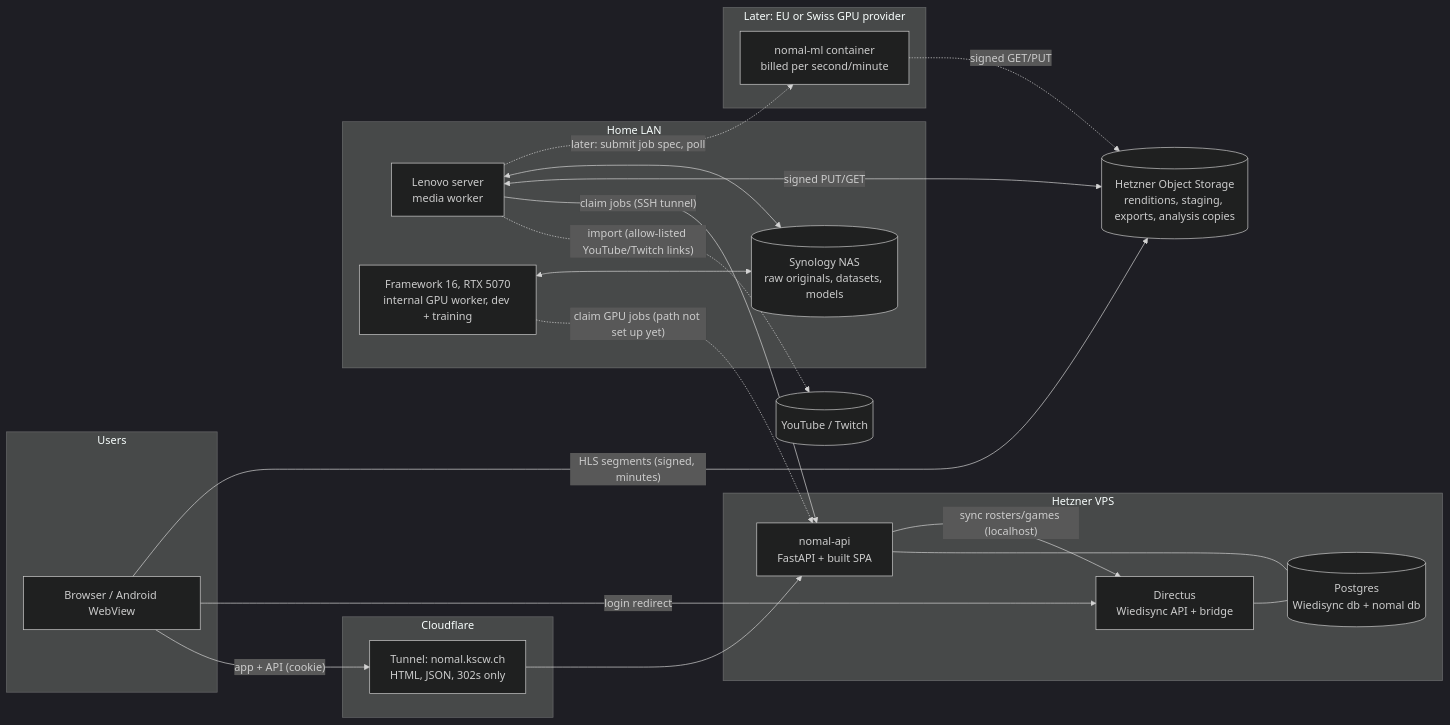
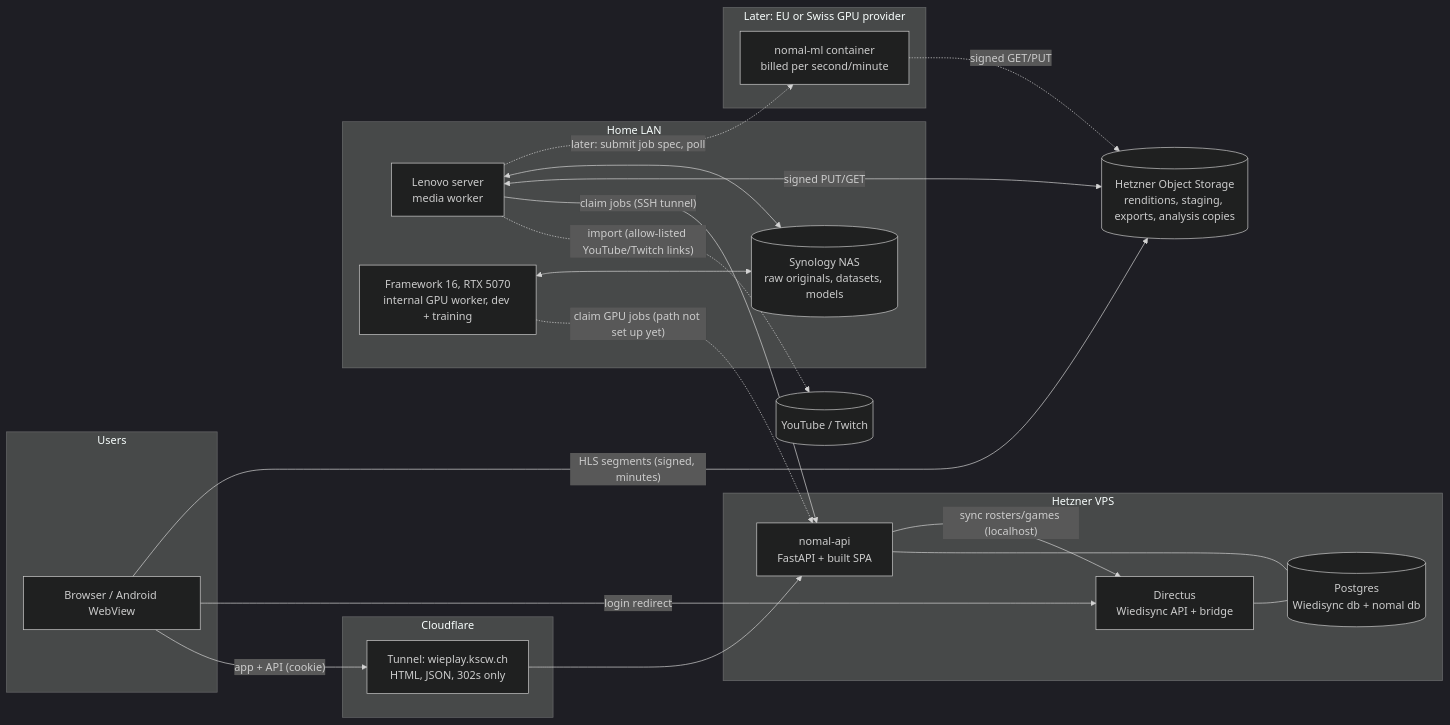
Before and after one commit to KSC-Wiedikon/wieplay: the first of 4 diagrams in docs/PLAN.md, drawn with Mermaid (dark theme). The commit also changed other lines of this file and 6 other files, not shown here.

First line of the commit message:
Hosts and repo are WiePlay too: wieplay(-dev).kscw.ch, KSC-Wiedikon/wieplay

````diff
--- a/docs/PLAN.md
+++ b/docs/PLAN.md
@@ -114,43 +115,43 @@
 ```mermaid
 flowchart LR
   subgraph Users
     B[Browser / Android WebView]
   end
 
   subgraph CF[Cloudflare]
-    T[Tunnel: nomal.kscw.ch<br/>HTML, JSON, 302s only]
+    T[Tunnel: wieplay.kscw.ch<br/>HTML, JSON, 302s only]
   end
 
   subgraph H[Hetzner VPS]
     API[nomal-api<br/>FastAPI + built SPA]
     DX[Directus<br/>Wiedisync API + bridge]
     PG[(Postgres<br/>Wiedisync db + nomal db)]
   end
 
   OS[(Hetzner Object Storage<br/>renditions, staging, exports, analysis copies)]
 
   subgraph Home[Home LAN]
     LS[Lenovo server<br/>media worker]
     FW[Framework 16, RTX 5070<br/>internal GPU worker, dev + training]
     NAS[(Synology NAS<br/>raw originals, datasets, models)]
   end
 
   subgraph Later[Later: EU or Swiss GPU provider]
     ML[nomal-ml container<br/>billed per second/minute]
   end
 
   B -- "app + API (cookie)" --> T --> API
   B -- "login redirect" --> DX
   B -- "HLS segments (signed, minutes)" --> OS
   LS -. "import (allow-listed YouTube/Twitch links)" .-> YT[(YouTube / Twitch)]
   API --- PG
   DX --- PG
   API -- "sync rosters/games (localhost)" --> DX
   LS -- "claim jobs (SSH tunnel)" --> API
   FW -. "claim GPU jobs (path not set up yet)" .-> API
   LS <-- "signed PUT/GET" --> OS
   LS <--> NAS
   FW <--> NAS
   LS -. "later: submit job spec, poll" .-> ML
   ML -. "signed GET/PUT" .-> OS
 ```
````
